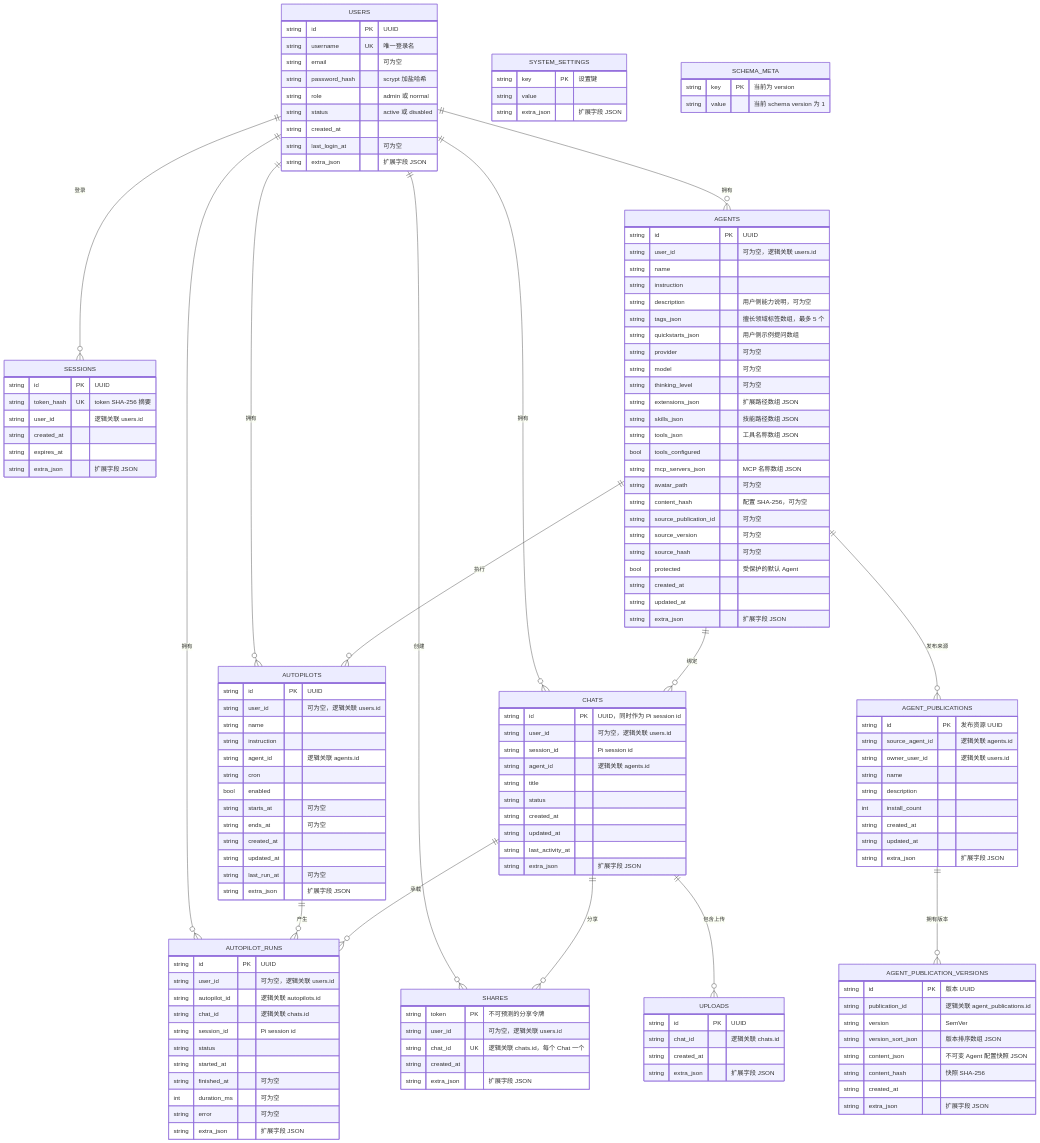
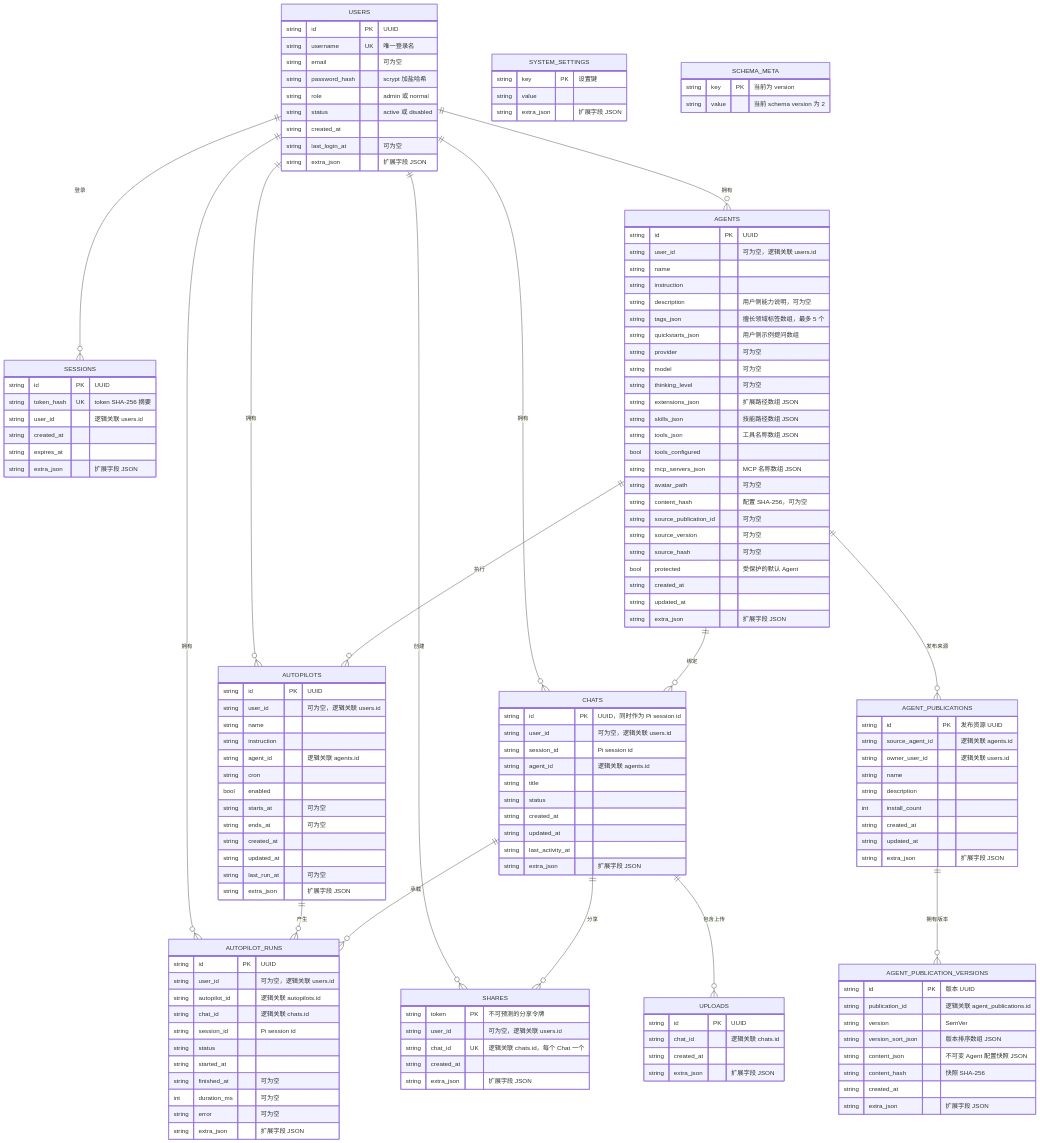
The diagram in docs/database-schema.md (wyf0931/pi-rpc-pydemo), drawn with Mermaid before and after one commit. The commit also changed other lines of this file, not shown here.

Commit message:
docs: reflect SQLite schema version 2

````diff
--- a/docs/database-schema.md
+++ b/docs/database-schema.md
@@ -162,6 +162,6 @@
 
     SCHEMA_META {
         string key PK "当前为 version"
-        string value "当前 schema version 为 1"
+        string value "当前 schema version 为 2"
     }
 ```
````
